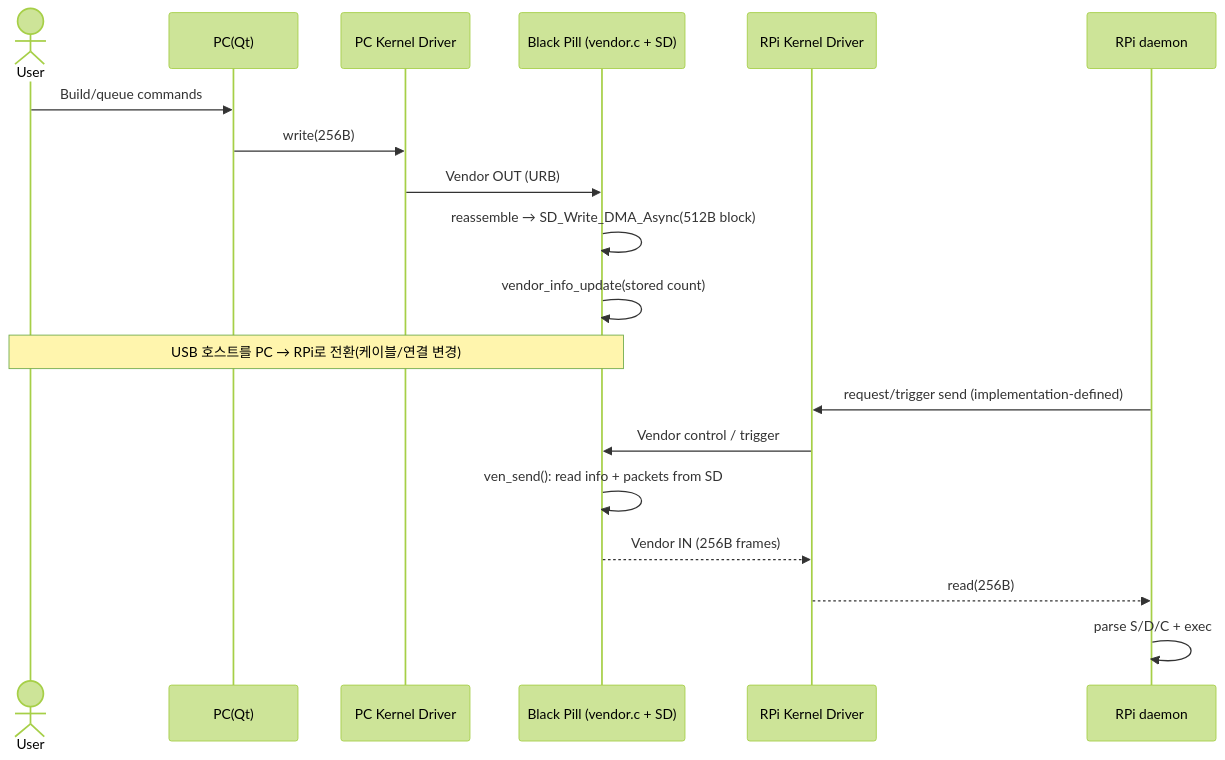
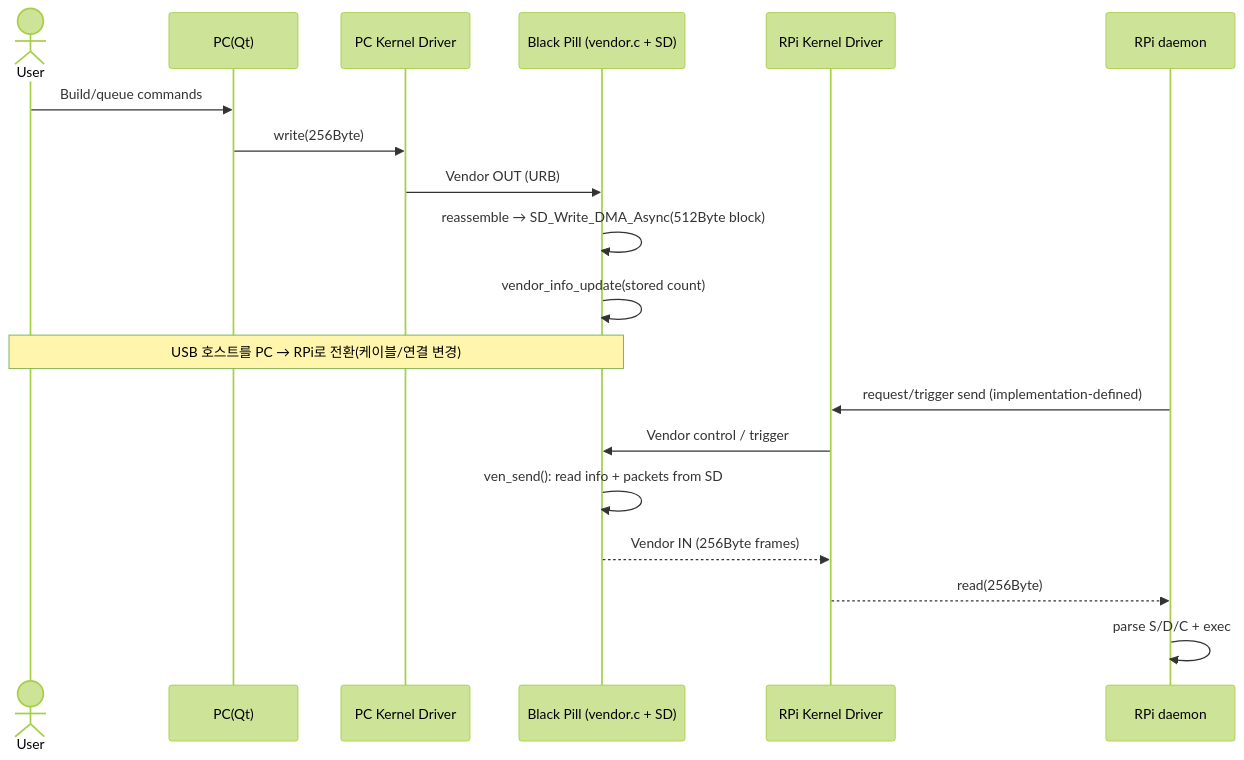
The fourth of 4 diagrams in README.md (ChangHoiAn/example), drawn with Mermaid (forest theme) before and after one commit. The commit also changed other lines of this file, not shown here.

````diff
--- a/README.md
+++ b/README.md
@@ -207,24 +207,24 @@
 ```mermaid
 sequenceDiagram
   actor User
   participant Qt as PC(Qt)
   participant KPC as PC Kernel Driver
   participant STM32 as Black Pill (vendor.c + SD)
   participant KRPI as RPi Kernel Driver
   participant Daemon as RPi daemon
 
   User->>Qt: Build/queue commands
-  Qt->>KPC: write(256B)
+  Qt->>KPC: write(256Byte)
   KPC->>STM32: Vendor OUT (URB)
-  STM32->>STM32: reassemble → SD_Write_DMA_Async(512B block)
+  STM32->>STM32: reassemble → SD_Write_DMA_Async(512Byte block)
   STM32->>STM32: vendor_info_update(stored count)
 
   Note over User,STM32: USB 호스트를 PC → RPi로 전환(케이블/연결 변경)
 
   Daemon->>KRPI: request/trigger send (implementation-defined)
   KRPI->>STM32: Vendor control / trigger
   STM32->>STM32: ven_send(): read info + packets from SD
-  STM32-->>KRPI: Vendor IN (256B frames)
-  KRPI-->>Daemon: read(256B)
+  STM32-->>KRPI: Vendor IN (256Byte frames)
+  KRPI-->>Daemon: read(256Byte)
   Daemon->>Daemon: parse S/D/C + exec
 ```
````
